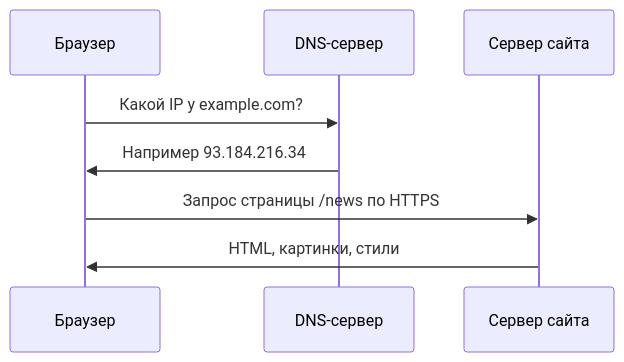
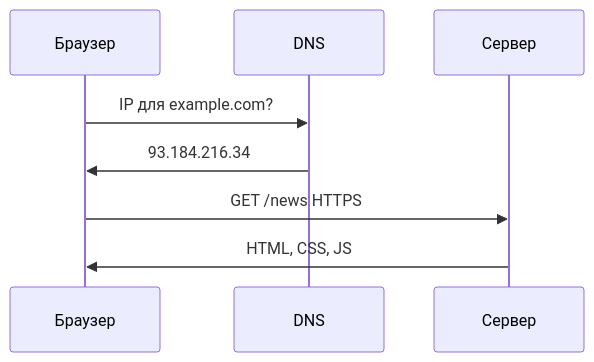
One commit to Spirzen/it-knowledge-base changed the first of 17 diagrams in docs/encyclopedia/1-basics/1-035-bazovaya-informatika/6.md. Above: the diagram before and after it, drawn with Mermaid. The commit also changed other lines of this file and 301 other files, not shown here.

````diff
--- a/docs/encyclopedia/1-basics/1-035-bazovaya-informatika/6.md
+++ b/docs/encyclopedia/1-basics/1-035-bazovaya-informatika/6.md
@@ -69,10 +84,10 @@
 ```mermaid
 sequenceDiagram
     participant B as Браузер
-    participant D as DNS-сервер
-    participant S as Сервер сайта
-    B->>D: Какой IP у example.com?
-    D->>B: Например 93.184.216.34
-    B->>S: Запрос страницы /news по HTTPS
-    S->>B: HTML, картинки, стили
+    participant D as DNS
+    participant S as Сервер
+    B->>D: IP для example.com?
+    D->>B: 93.184.216.34
+    B->>S: GET /news HTTPS
+    S->>B: HTML, CSS, JS
 ```
````
